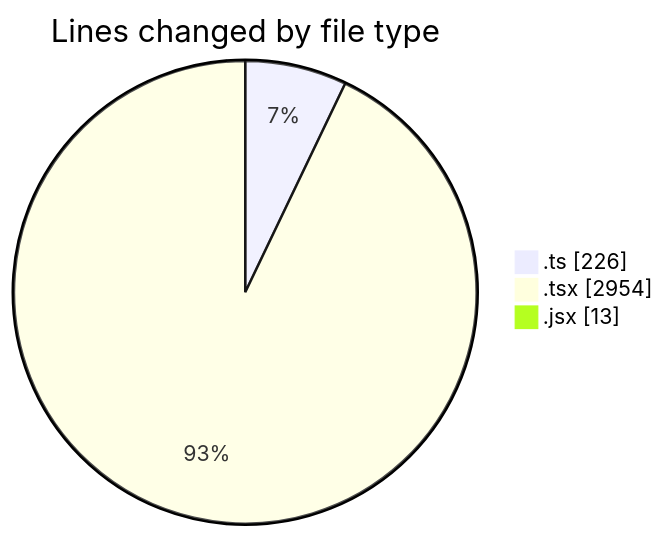
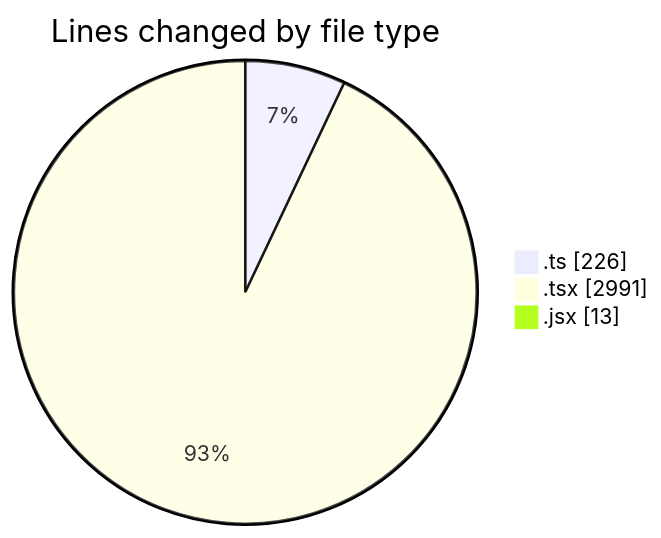
Before and after one commit to momahboobian/code-tracking: the first of 2 diagrams in 2025-12-02/cda/README.md, drawn with Mermaid. The commit also changed other lines of this file and 1 other file, not shown here.

````diff
--- a/2025-12-02/cda/README.md
+++ b/2025-12-02/cda/README.md
@@ -30,7 +30,7 @@
 ```mermaid
 pie showData
 title Lines changed by file type
 ".ts" : 226
-".tsx" : 2954
+".tsx" : 2991
 ".jsx" : 13
 ```
````
